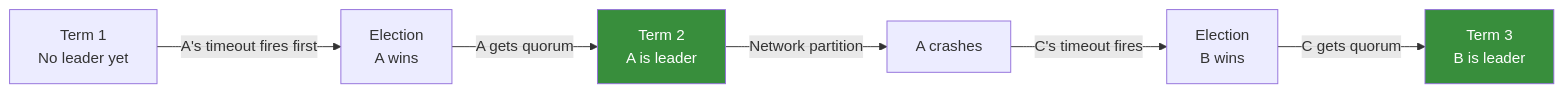
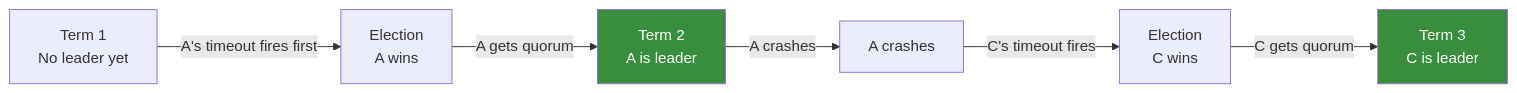
The fifth of 8 diagrams in docs/distributed-systems/fundamentals.md (sanketn26/interview-prep), drawn with Mermaid before and after one commit. The commit also changed other lines of this file and 93 other files, not shown here.

````diff
--- a/docs/distributed-systems/fundamentals.md
+++ b/docs/distributed-systems/fundamentals.md
@@ -439,18 +443,18 @@
 ```mermaid
 graph LR
     T1["Term 1<br/>No leader yet"]
     E1["Election<br/>A wins"]
     T2["Term 2<br/>A is leader"]
     C1["A crashes"]
-    E2["Election<br/>B wins"]
-    T3["Term 3<br/>B is leader"]
+    E2["Election<br/>C wins"]
+    T3["Term 3<br/>C is leader"]
     
     T1 -->|A's timeout fires first| E1
     E1 -->|A gets quorum| T2
-    T2 -->|Network partition| C1
+    T2 -->|A crashes| C1
     C1 -->|C's timeout fires| E2
     E2 -->|C gets quorum| T3
     
     style T2 fill:#388e3c,color:#fff
     style T3 fill:#388e3c,color:#fff
 ```
````
